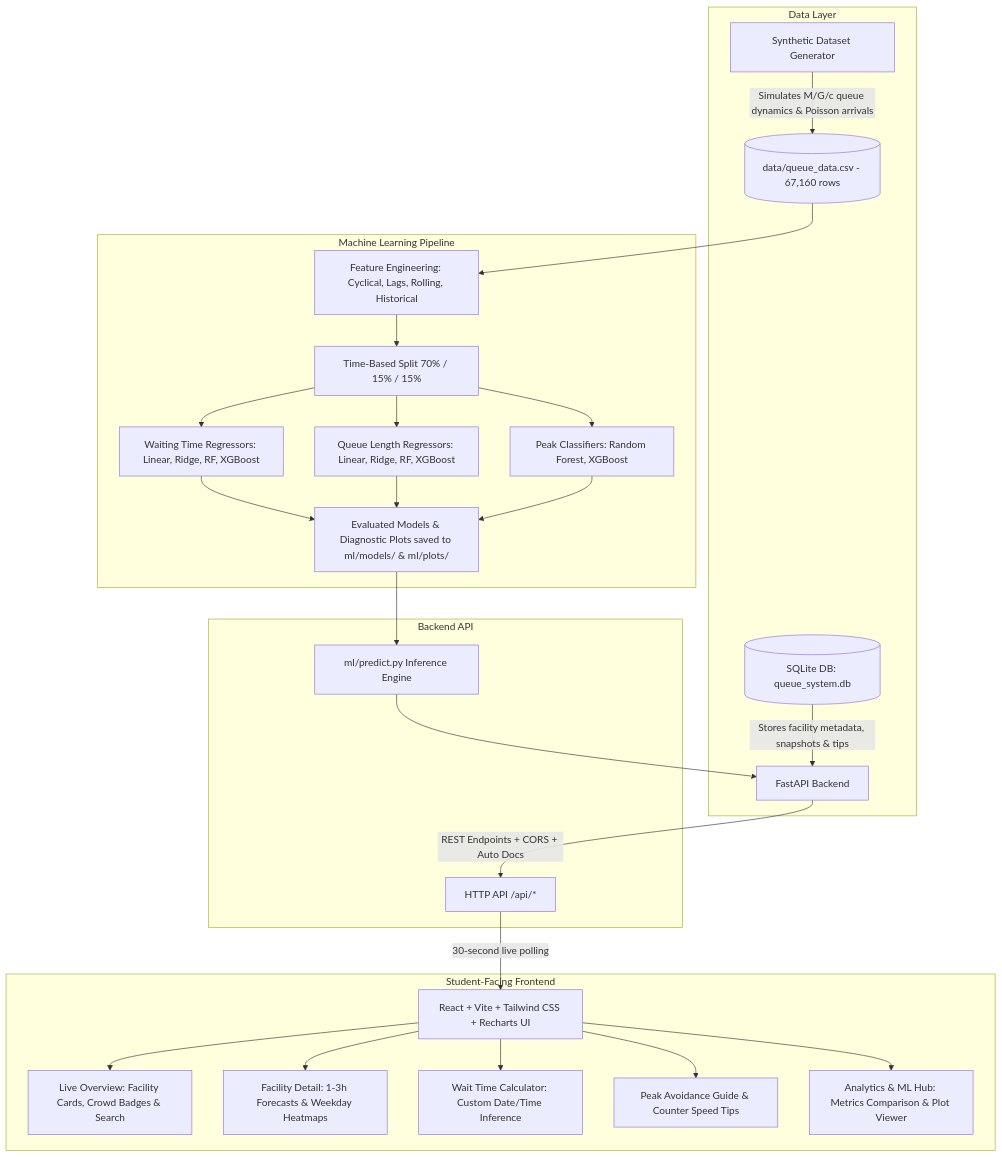
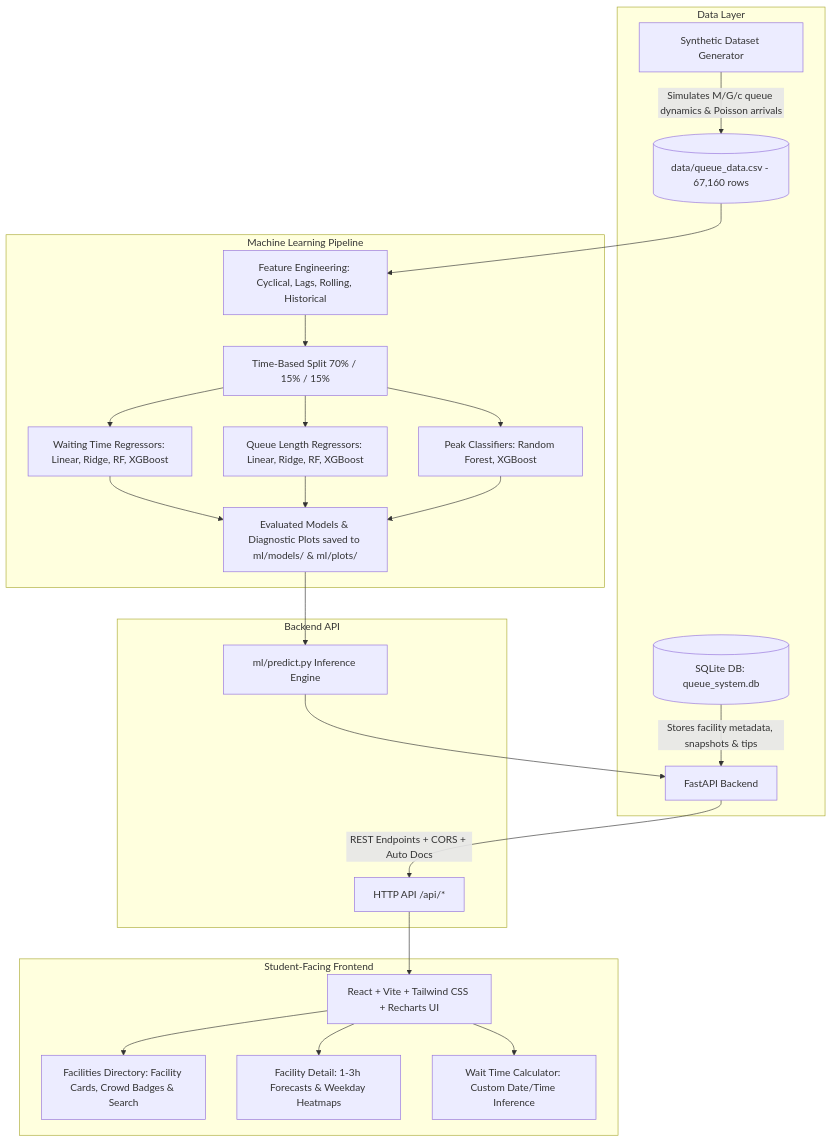
Before and after one commit to VIVEKSINKU/Intelligent-Queue-Prediction-Management-System: the diagram in README.md, drawn with Mermaid. The commit also changed other lines of this file, not shown here.

````diff
--- a/README.md
+++ b/README.md
@@ -10,31 +10,29 @@
 ```mermaid
 flowchart TD
     subgraph Data Layer
         A[Synthetic Dataset Generator] -->|Simulates M/G/c queue dynamics & Poisson arrivals| B[(data/queue_data.csv - 67,160 rows)]
         C[(SQLite DB: queue_system.db)] -->|Stores facility metadata, snapshots & tips| D[FastAPI Backend]
     end
 
     subgraph Machine Learning Pipeline
         B --> E[Feature Engineering: Cyclical, Lags, Rolling, Historical]
         E --> F[Time-Based Split 70% / 15% / 15%]
         F --> G1[Waiting Time Regressors: Linear, Ridge, RF, XGBoost]
         F --> G2[Queue Length Regressors: Linear, Ridge, RF, XGBoost]
         F --> G3[Peak Classifiers: Random Forest, XGBoost]
         G1 & G2 & G3 --> H[Evaluated Models & Diagnostic Plots saved to ml/models/ & ml/plots/]
     end
 
     subgraph Backend API
         H --> I[ml/predict.py Inference Engine]
         I --> D
         D -->|REST Endpoints + CORS + Auto Docs| J[HTTP API /api/*]
     end
 
     subgraph Student-Facing Frontend
-        J -->|30-second live polling| K[React + Vite + Tailwind CSS + Recharts UI]
-        K --> L1[Live Overview: Facility Cards, Crowd Badges & Search]
+        J --> K[React + Vite + Tailwind CSS + Recharts UI]
+        K --> L1[Facilities Directory: Facility Cards, Crowd Badges & Search]
         K --> L2[Facility Detail: 1-3h Forecasts & Weekday Heatmaps]
         K --> L3[Wait Time Calculator: Custom Date/Time Inference]
-        K --> L4[Peak Avoidance Guide & Counter Speed Tips]
-        K --> L5[Analytics & ML Hub: Metrics Comparison & Plot Viewer]
     end
 ```
````
